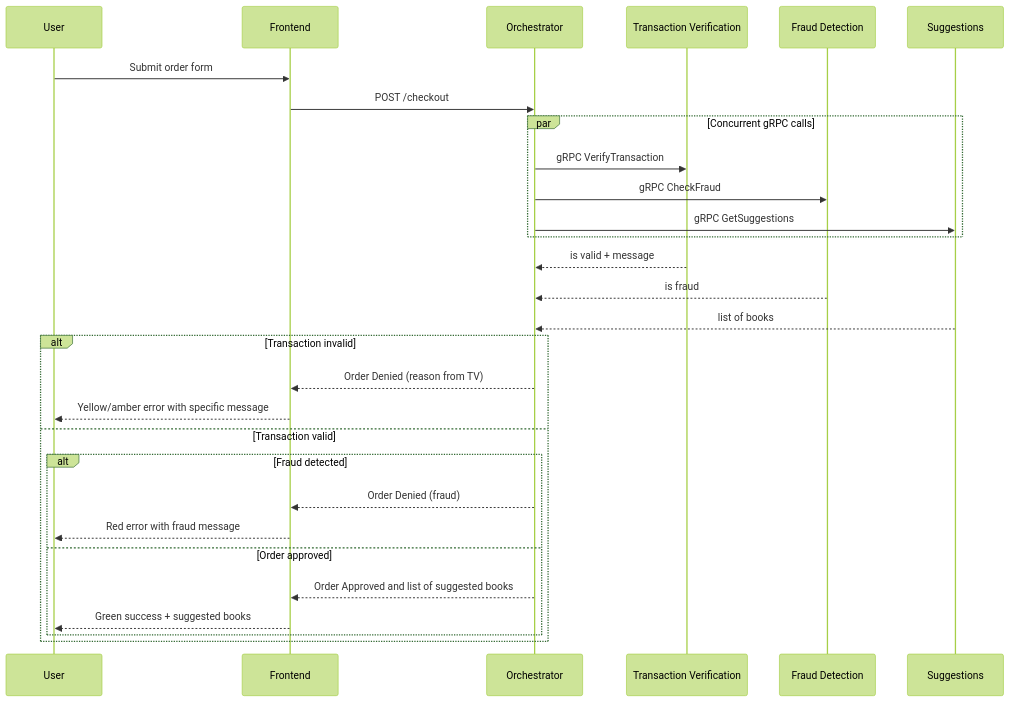
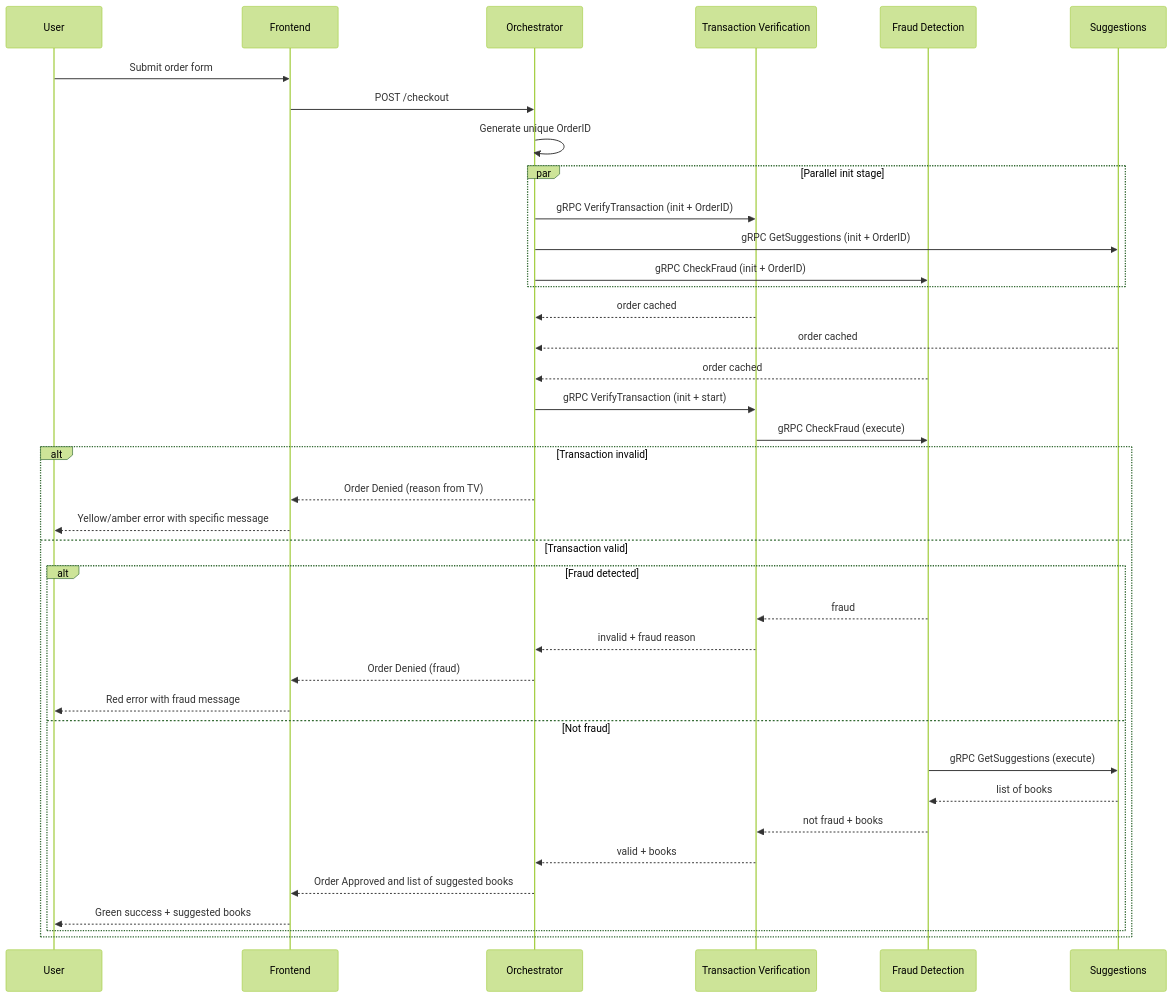
One commit to mobile-cloud-computing/ds-practice-2025 changed the second of 2 diagrams in README.md. Above: the diagram before and after it, drawn with Mermaid (forest theme). The commit also changed other lines of this file and 14 other files, not shown here.

Commit message:
Refactor order flow to init-only RPC chain

````diff
--- a/README.md
+++ b/README.md
@@ -32,32 +77,41 @@
 ```mermaid
 sequenceDiagram
     participant U as User
     participant F as Frontend
     participant O as Orchestrator
     participant TV as Transaction Verification
     participant FD as Fraud Detection
     participant S as Suggestions
 
     U->>F: Submit order form
     F->>O: POST /checkout
-    par Concurrent gRPC calls
-        O->>TV: gRPC VerifyTransaction
-        O->>FD: gRPC CheckFraud
-        O->>S: gRPC GetSuggestions
+    O->>O: Generate unique OrderID
+    par Parallel init stage
+        O->>TV: gRPC VerifyTransaction (init + OrderID)
+        O->>S: gRPC GetSuggestions (init + OrderID)
+        O->>FD: gRPC CheckFraud (init + OrderID)
     end
-    TV-->>O: is valid + message
-    FD-->>O: is fraud
-    S-->>O: list of books
+    TV-->>O: order cached
+    S-->>O: order cached
+    FD-->>O: order cached
+    O->>TV: gRPC VerifyTransaction (init + start)
+    TV->>FD: gRPC CheckFraud (execute)
     alt Transaction invalid
         O-->>F: Order Denied (reason from TV)
         F-->>U: Yellow/amber error with specific message
     else Transaction valid
         alt Fraud detected
+            FD-->>TV: fraud
+            TV-->>O: invalid + fraud reason
             O-->>F: Order Denied (fraud)
             F-->>U: Red error with fraud message
-        else Order approved
+        else Not fraud
+            FD->>S: gRPC GetSuggestions (execute)
+            S-->>FD: list of books
+            FD-->>TV: not fraud + books
+            TV-->>O: valid + books
             O-->>F: Order Approved and list of suggested books
             F-->>U: Green success + suggested books
         end
     end
 ```
````
